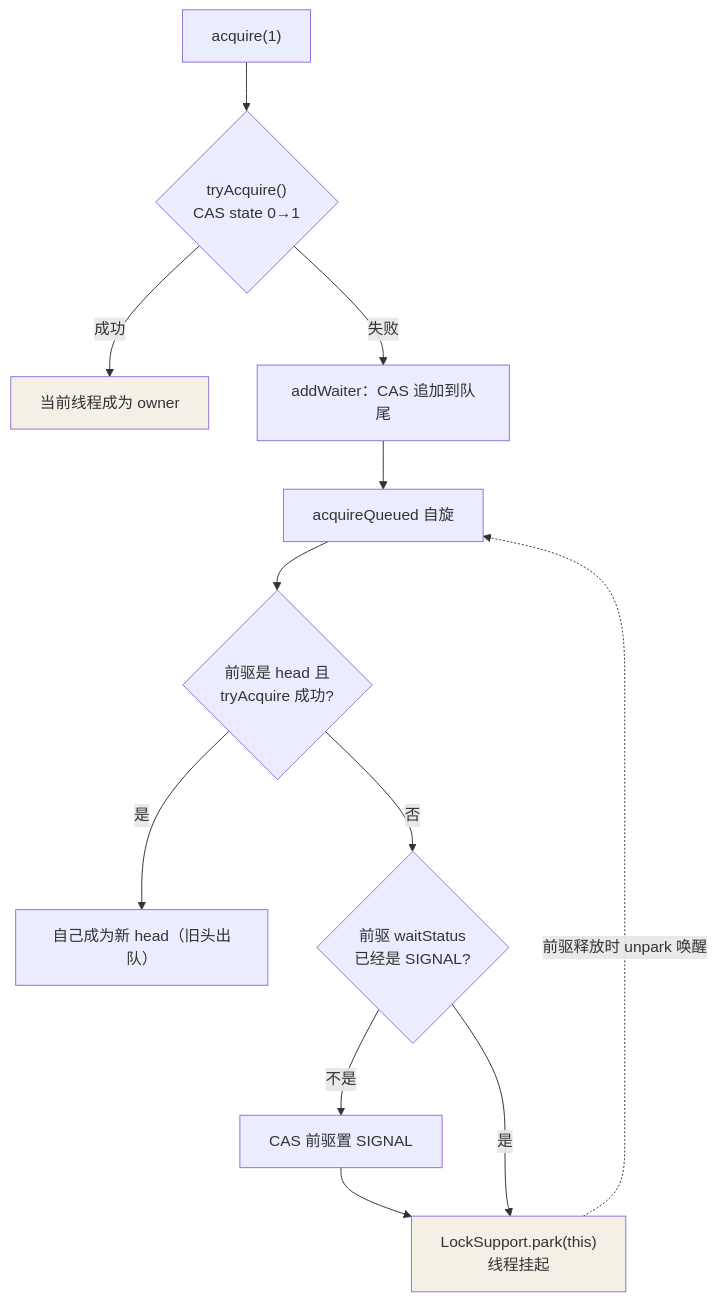
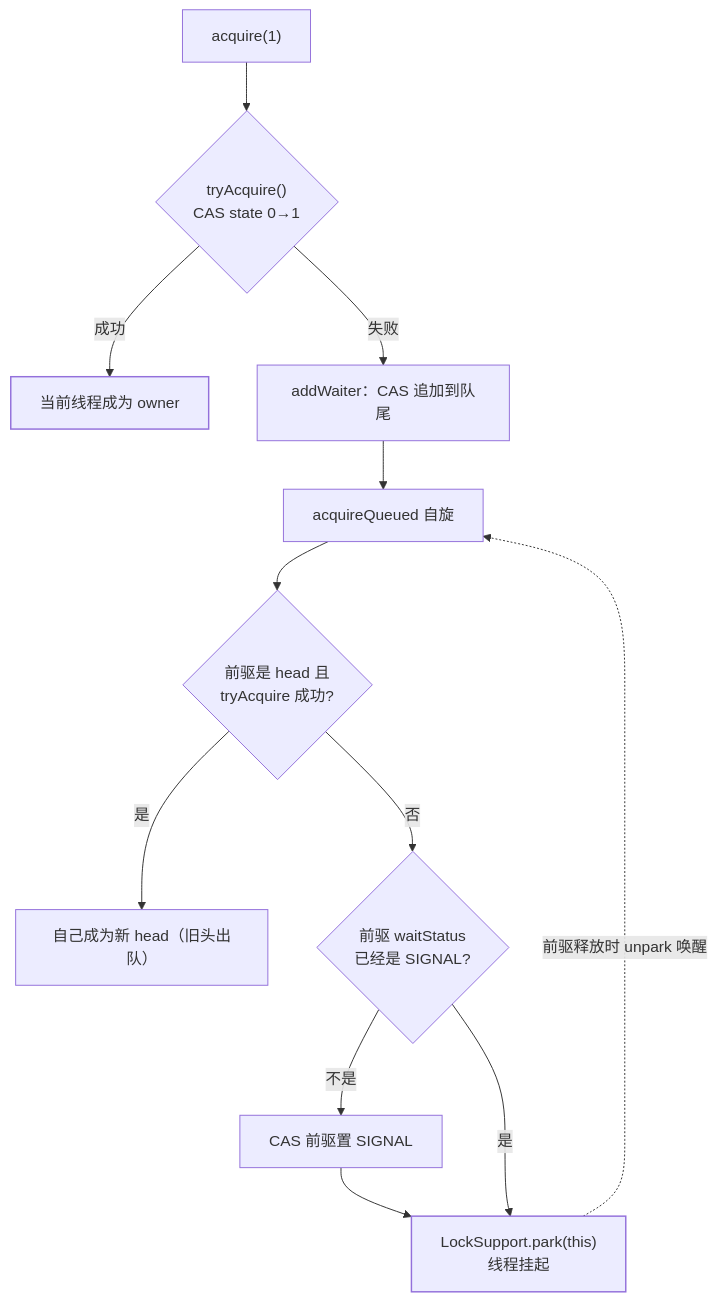
The second of 2 diagrams in src/content/docs/java/intermediate/concurrent/05-aqs.md (Loadhao/ascension), drawn with Mermaid before and after one commit. The commit also changed other lines of this file and 87 other files, not shown here.

First line of the commit message:
fix: 全站图表配色改由主题接管，修复暗色主题下浅底浅字看不清

````diff
--- a/src/content/docs/java/intermediate/concurrent/05-aqs.md
+++ b/src/content/docs/java/intermediate/concurrent/05-aqs.md
@@ -68,17 +69,18 @@
 ```mermaid
 flowchart TB
     T["acquire(1)"] --> TRY{"tryAcquire()<br/>CAS state 0→1"}
     TRY -->|成功| OK["当前线程成为 owner"]
     TRY -->|失败| ADD["addWaiter：CAS 追加到队尾"]
     ADD --> SPIN["acquireQueued 自旋"]
     SPIN --> HEAD{"前驱是 head 且<br/>tryAcquire 成功?"}
     HEAD -->|是| SET["自己成为新 head（旧头出队）"]
     HEAD -->|否| PARK{"前驱 waitStatus<br/>已经是 SIGNAL?"}
     PARK -->|不是| CAS2["CAS 前驱置 SIGNAL"]
     CAS2 --> P2
     PARK -->|是| P2["LockSupport.park(this)<br/>线程挂起"]
     P2 -. "前驱释放时 unpark 唤醒" .-> SPIN
 
-    style OK fill:#f5f0e6
-    style P2 fill:#f5f0e6
+    class OK hl
+    class P2 hl
+    classDef hl stroke-width:1.5px
 ```
````
